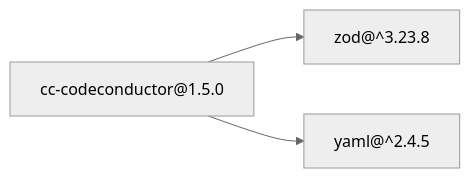
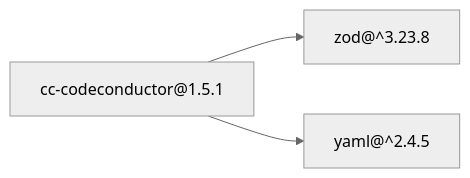
The diagram in README.md (lgzarturo/codeconductor), drawn with Mermaid (neutral theme) before and after one commit. The commit also changed other lines of this file and 5 other files, not shown here.

````diff
--- a/README.md
+++ b/README.md
@@ -333,8 +333,8 @@
 ```mermaid
 graph LR
-  cc["cc-codeconductor@1.5.0"]
+  cc["cc-codeconductor@1.5.1"]
   zod["zod@^3.23.8"]
   yaml["yaml@^2.4.5"]
   cc --> zod
   cc --> yaml
 ```
````
